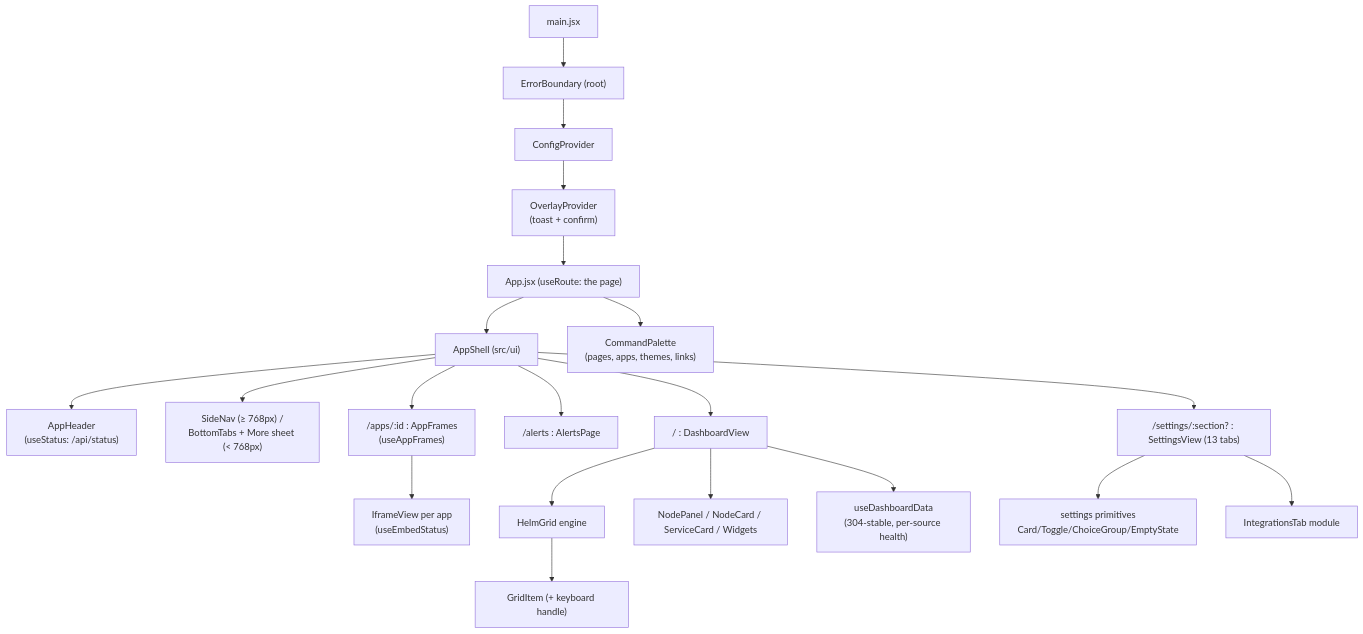
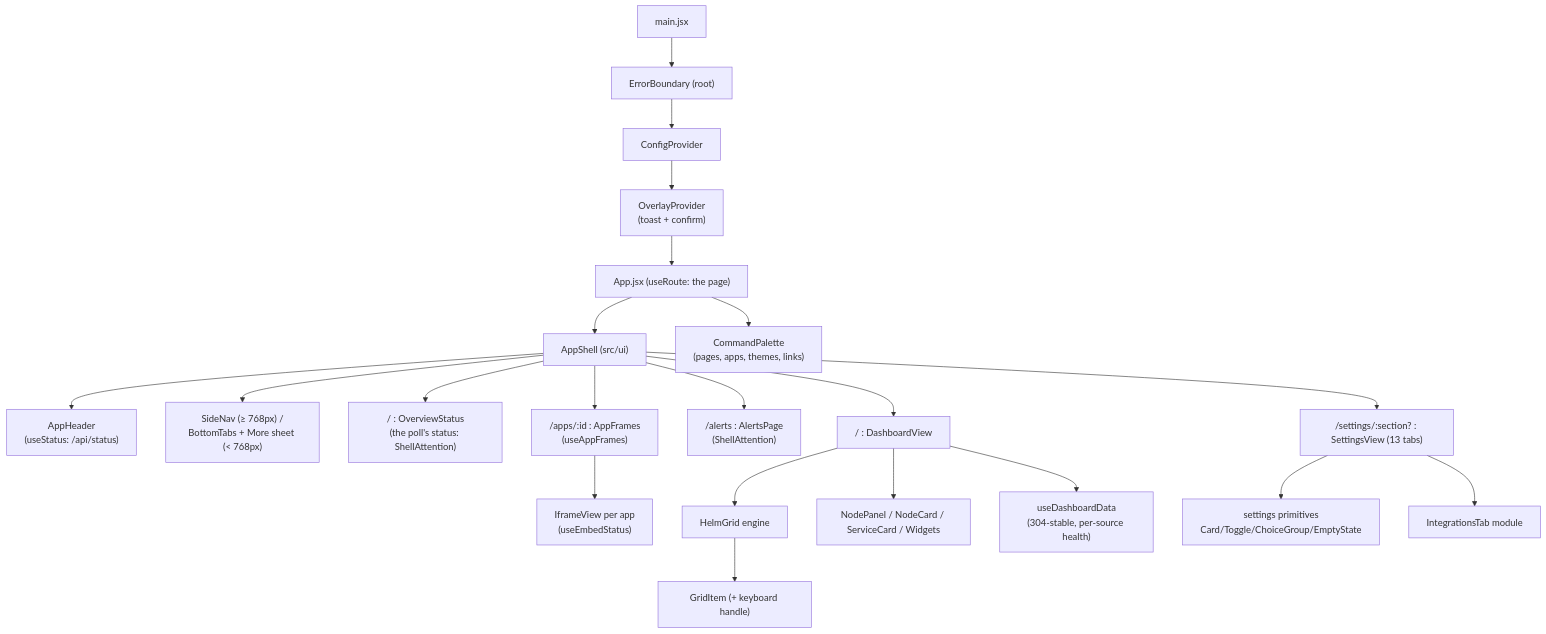
Before and after one commit to jagbhandal/jaghelm: the fourth of 5 diagrams in docs/ARCHITECTURE.md, drawn with Mermaid. The commit also changed other lines of this file and 19 other files, not shown here.

First line of the commit message:
feat(overview): the attention panel and the quiet line at the top (#297)

````diff
--- a/docs/ARCHITECTURE.md
+++ b/docs/ARCHITECTURE.md
@@ -1084,22 +1086,23 @@
 ```mermaid
 flowchart TD
   MAIN["main.jsx"] --> EB["ErrorBoundary (root)"]
   EB --> CP["ConfigProvider"]
   CP --> OP["OverlayProvider<br/>(toast + confirm)"]
   OP --> APP["App.jsx (useRoute: the page)"]
   APP --> SH["AppShell (src/ui)"]
   SH --> HD["AppHeader<br/>(useStatus: /api/status)"]
   SH --> SN["SideNav (≥ 768px) /<br/>BottomTabs + More sheet (< 768px)"]
   APP --> CPAL["CommandPalette<br/>(pages, apps, themes, links)"]
+  SH --> OS["/ : OverviewStatus<br/>(the poll's status: ShellAttention)"]
   SH --> DV["/ : DashboardView"]
-  SH --> AP["/alerts : AlertsPage"]
+  SH --> AP["/alerts : AlertsPage<br/>(ShellAttention)"]
   SH --> SV["/settings/:section? : SettingsView (13 tabs)"]
   SH --> AF["/apps/:id : AppFrames<br/>(useAppFrames)"]
   AF --> IV["IframeView per app<br/>(useEmbedStatus)"]
   DV --> HG["HelmGrid engine"]
   HG --> GI["GridItem (+ keyboard handle)"]
   DV --> NP["NodePanel / NodeCard / ServiceCard / Widgets"]
   DV --> UDD["useDashboardData<br/>(304-stable, per-source health)"]
   SV --> PRIM["settings primitives<br/>Card/Toggle/ChoiceGroup/EmptyState"]
   SV --> ITAB["IntegrationsTab module"]
 ```
````
